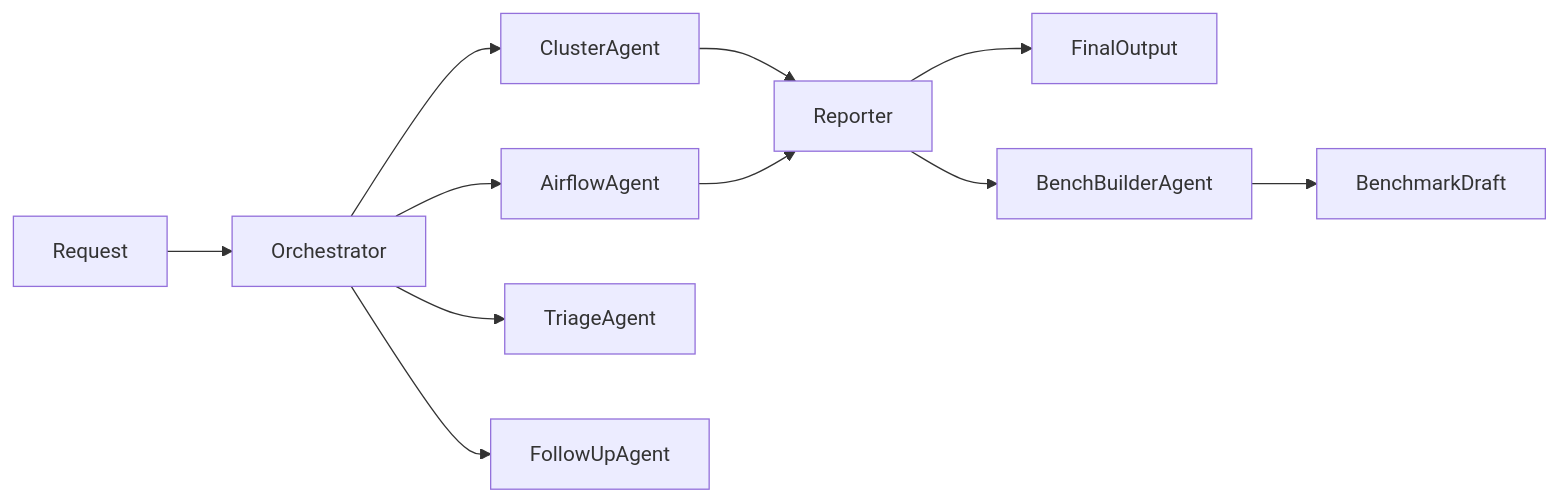
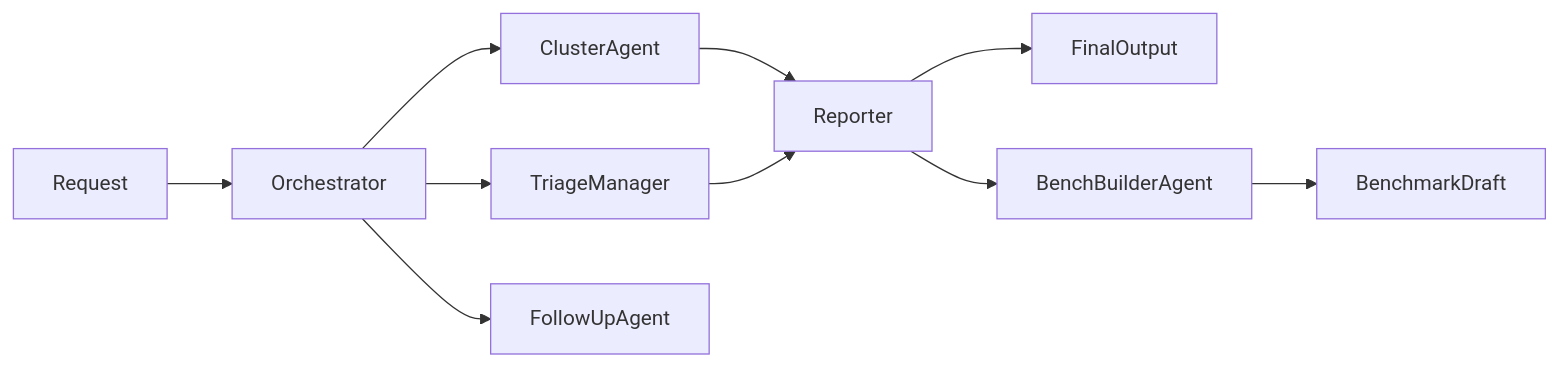
Before and after one commit to jeisenman/q2_bench: the diagram in src/workspaces/data_engineering/agents/production_support/AGENTS.md, drawn with Mermaid. The commit also changed other lines of this file and 104 other files, not shown here.

````diff
--- a/src/workspaces/data_engineering/agents/production_support/AGENTS.md
+++ b/src/workspaces/data_engineering/agents/production_support/AGENTS.md
@@ -53,13 +52,12 @@
 ```mermaid
 flowchart LR
     Request --> Orchestrator
     Orchestrator --> ClusterAgent
-    Orchestrator --> AirflowAgent
+    Orchestrator --> TriageManager
     ClusterAgent --> Reporter
-    AirflowAgent --> Reporter
-    Orchestrator --> TriageAgent
+    TriageManager --> Reporter
     Orchestrator --> FollowUpAgent
     Reporter --> FinalOutput
     Reporter --> BenchBuilderAgent
     BenchBuilderAgent --> BenchmarkDraft
 ```
````
